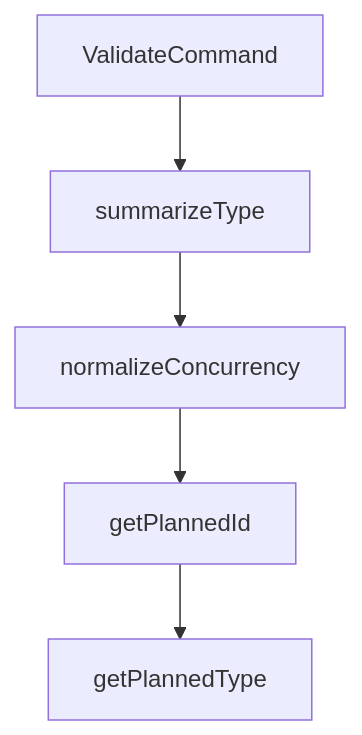
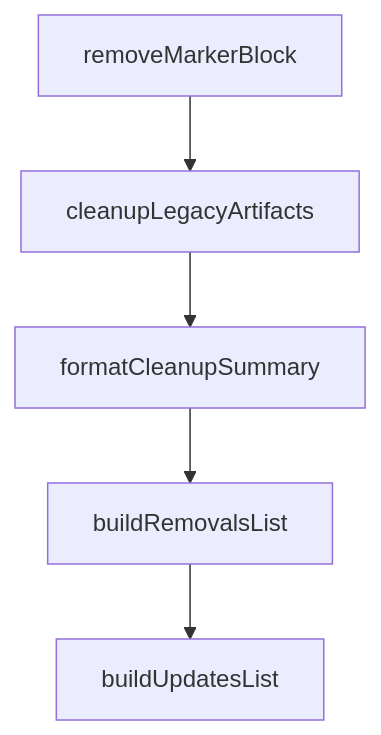
The diagram in tutorials/openspec-tutorial/03-command-surface-and-agent-workflows.md (johnxie/awesome-code-docs), drawn with Mermaid before and after one commit. The commit also changed other lines of this file and 1232 other files, not shown here.

````diff
--- a/tutorials/openspec-tutorial/03-command-surface-and-agent-workflows.md
+++ b/tutorials/openspec-tutorial/03-command-surface-and-agent-workflows.md
@@ -229,12 +227,12 @@
 ```mermaid
 flowchart TD
-    A[ValidateCommand]
-    B[summarizeType]
-    C[normalizeConcurrency]
-    D[getPlannedId]
-    E[getPlannedType]
+    A[removeMarkerBlock]
+    B[cleanupLegacyArtifacts]
+    C[formatCleanupSummary]
+    D[buildRemovalsList]
+    E[buildUpdatesList]
     A --> B
     B --> C
     C --> D
     D --> E
 ```
````
